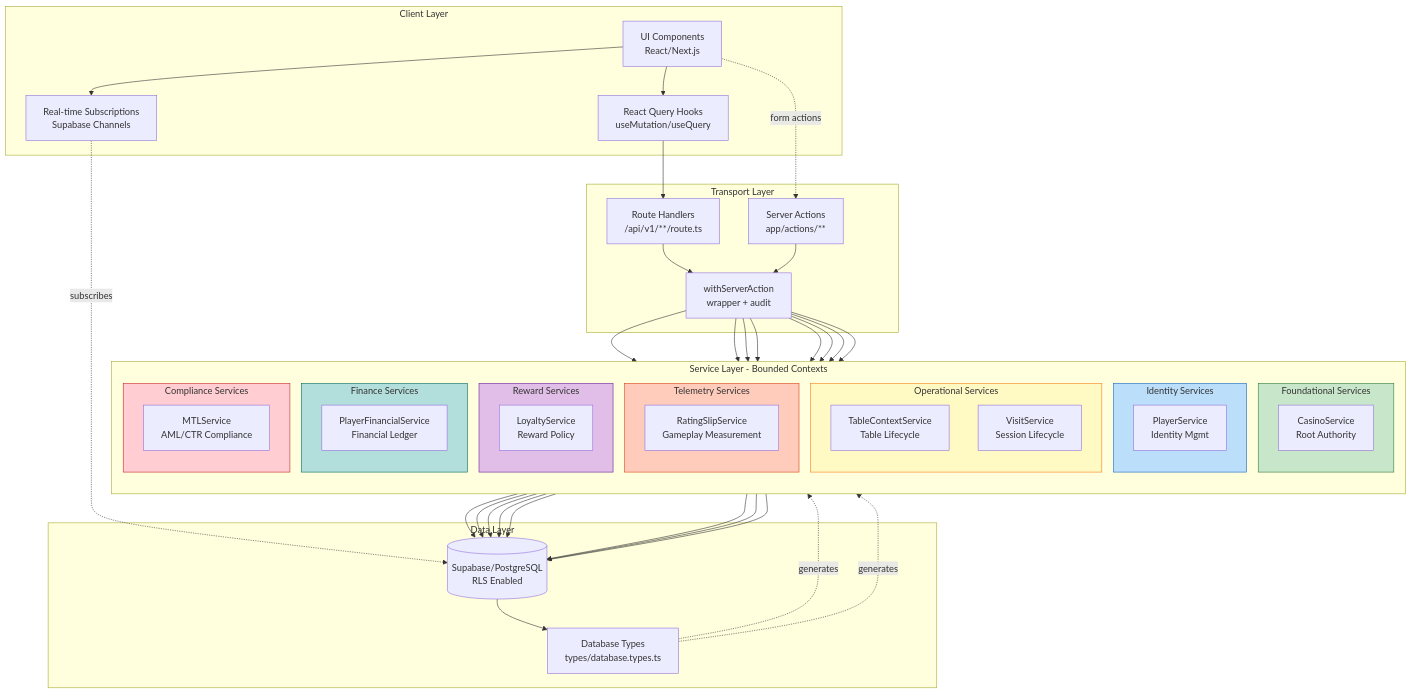
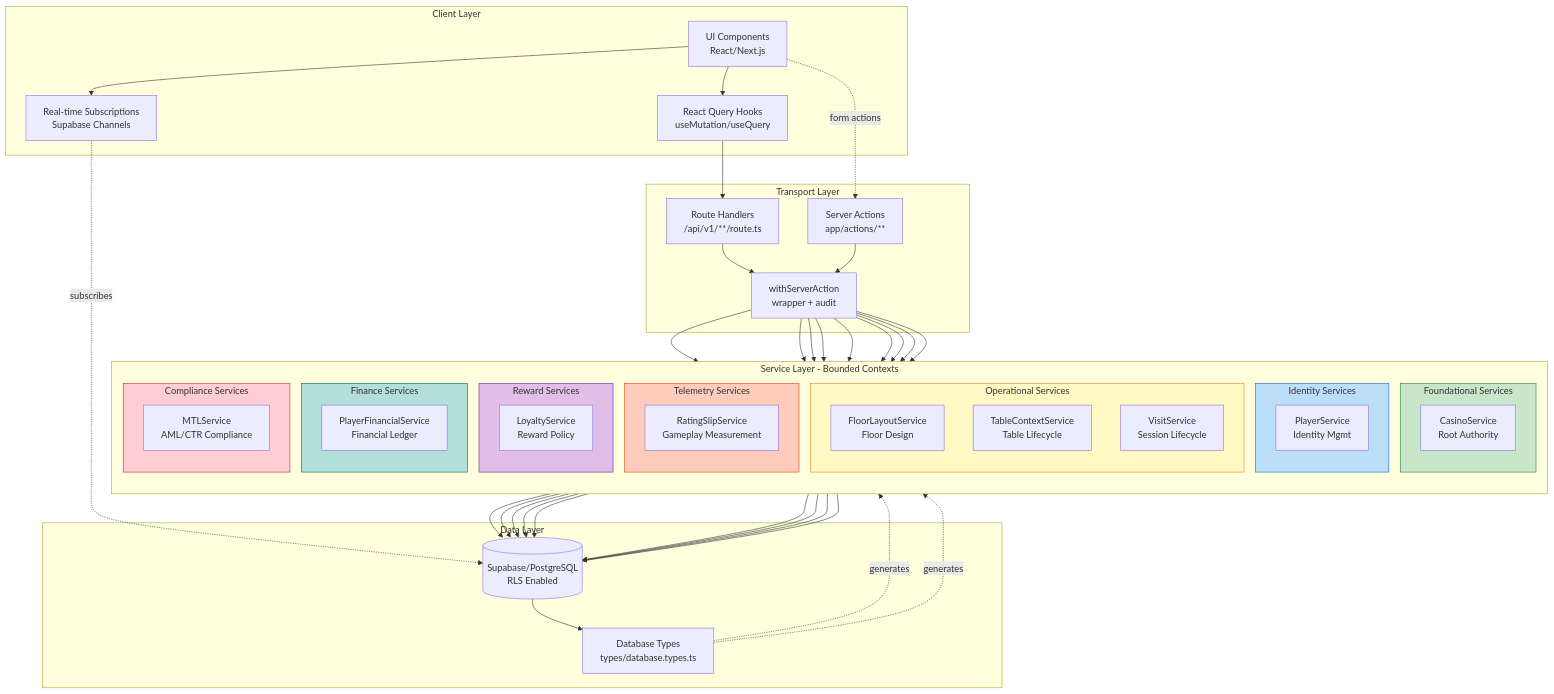
Before and after one commit to diepulp/pt-2: the first of 8 diagrams in docs/20-architecture/SERVICE_LAYER_ARCHITECTURE_DIAGRAM.md, drawn with Mermaid. The commit also changed other lines of this file and 2 other files, not shown here.

Commit message:
docs(memory): reflect floor-layout context

```diff
--- a/docs/20-architecture/SERVICE_LAYER_ARCHITECTURE_DIAGRAM.md
+++ b/docs/20-architecture/SERVICE_LAYER_ARCHITECTURE_DIAGRAM.md
@@ -42,6 +42,7 @@
         end
 
         subgraph OPERATIONAL[Operational Services]
+            FLOOR[FloorLayoutService<br/>Floor Design]
             TABLE[TableContextService<br/>Table Lifecycle]
             VISIT[VisitService<br/>Session Lifecycle]
         end
@@ -78,6 +79,7 @@
 
     WRAPPER --> CASINO
     WRAPPER --> PLAYER
+    WRAPPER --> FLOOR
     WRAPPER --> TABLE
     WRAPPER --> VISIT
     WRAPPER --> RATING
@@ -87,6 +89,7 @@
 
     CASINO --> DB
     PLAYER --> DB
+    FLOOR --> DB
     TABLE --> DB
     VISIT --> DB
     RATING --> DB
```
